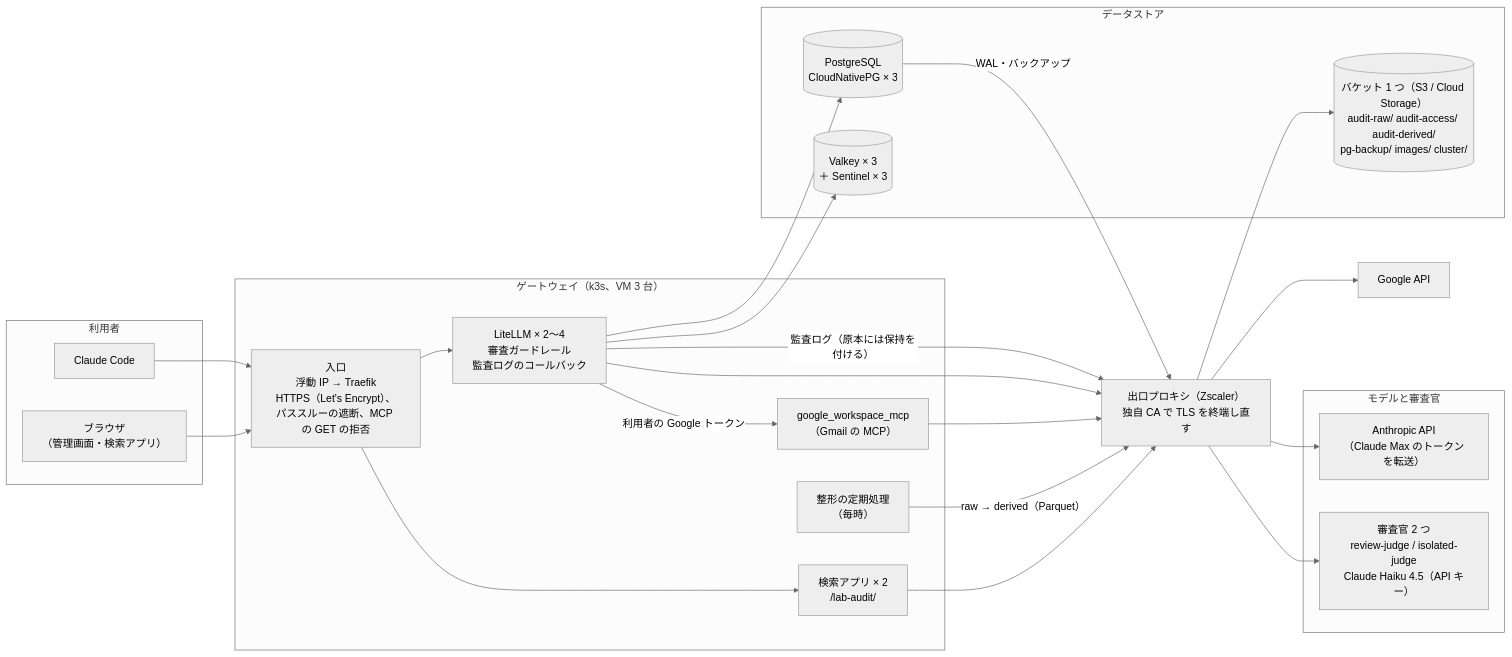
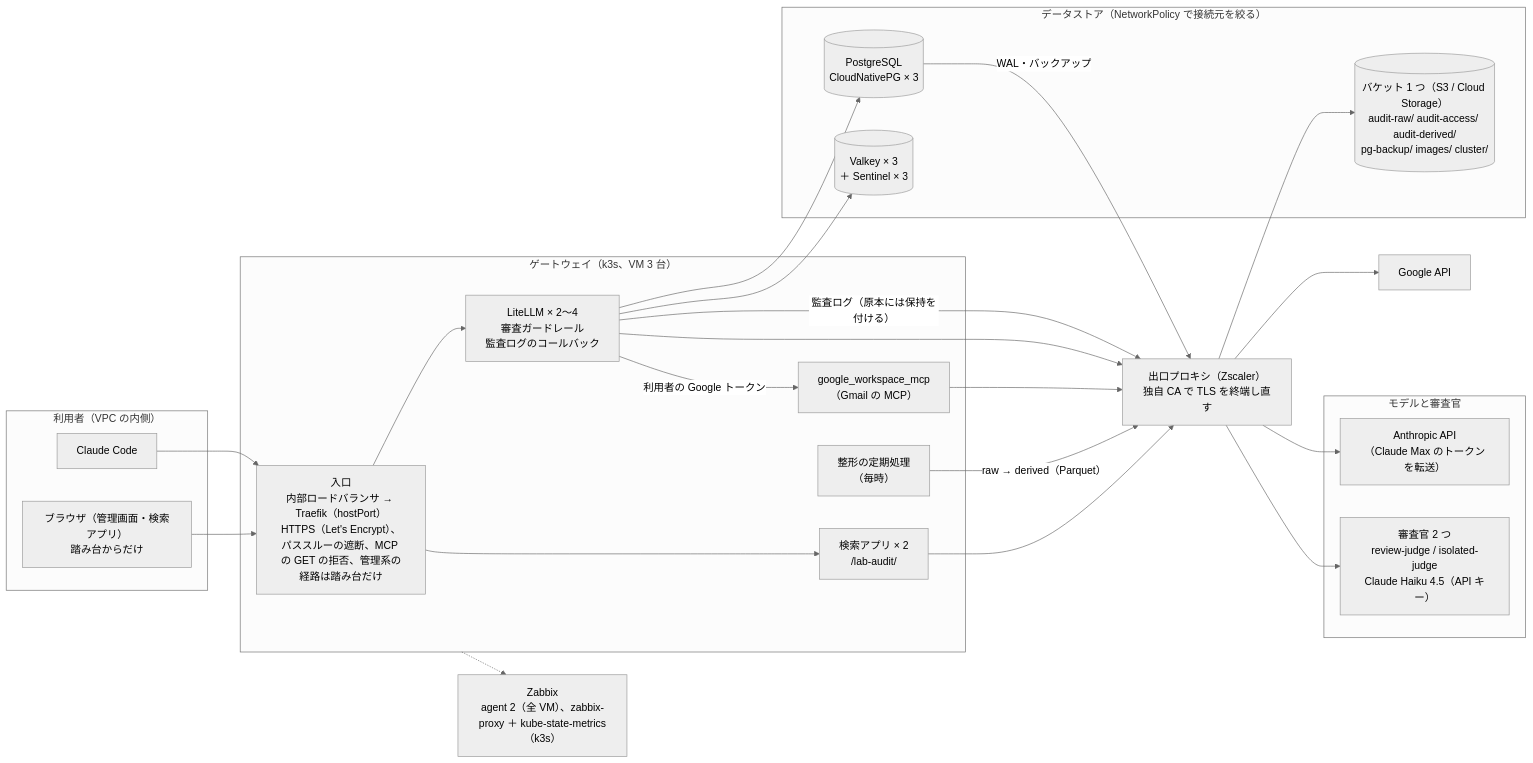
Before and after one commit to notfolder/litellm-agent-gateway-lab: the first of 4 diagrams in docs/vm_architecture.md, drawn with Mermaid (neutral theme). The commit also changed other lines of this file and 11 other files, not shown here.

````diff
--- a/docs/vm_architecture.md
+++ b/docs/vm_architecture.md
@@ -16,35 +17,37 @@
 ```mermaid
 flowchart LR
-    subgraph CLIENTS["利用者"]
+    subgraph CLIENTS["利用者（VPC の内側）"]
         CC["Claude Code"]
-        BR["ブラウザ<br/>（管理画面・検索アプリ）"]
+        BR["ブラウザ（管理画面・検索アプリ）<br/>踏み台からだけ"]
     end
     subgraph GW["ゲートウェイ（k3s、VM 3 台）"]
-        IN["入口<br/>浮動 IP → Traefik<br/>HTTPS（Let's Encrypt）、パススルーの遮断、MCP の GET の拒否"]
+        IN["入口<br/>内部ロードバランサ → Traefik（hostPort）<br/>HTTPS（Let's Encrypt）、パススルーの遮断、MCP の GET の拒否、管理系の経路は踏み台だけ"]
         LL["LiteLLM × 2〜4<br/>審査ガードレール<br/>監査ログのコールバック"]
         WS["google_workspace_mcp<br/>（Gmail の MCP）"]
         AV["検索アプリ × 2<br/>/lab-audit/"]
         CJ["整形の定期処理<br/>（毎時）"]
     end
-    subgraph DATA["データストア"]
+    subgraph DATA["データストア（NetworkPolicy で接続元を絞る）"]
         PG[("PostgreSQL<br/>CloudNativePG × 3")]
         VK[("Valkey × 3<br/>＋ Sentinel × 3")]
         S3[("バケット 1 つ（S3 / Cloud Storage）<br/>audit-raw/ audit-access/ audit-derived/<br/>pg-backup/ images/ cluster/")]
     end
     subgraph LLM["モデルと審査官"]
         MODEL["Anthropic API<br/>（Claude Max のトークンを転送）"]
         JUDGE["審査官 2 つ<br/>review-judge / isolated-judge<br/>Claude Haiku 4.5（API キー）"]
     end
     PX["出口プロキシ（Zscaler）<br/>独自 CA で TLS を終端し直す"]
+    ZBX["Zabbix<br/>agent 2（全 VM）、zabbix-proxy ＋ kube-state-metrics（k3s）"]
     CC & BR --> IN
     IN --> LL
     IN --> AV
     LL --> PG & VK
     LL -->|"監査ログ（原本には保持を付ける）"| PX
     LL --> PX
     PX --> MODEL & JUDGE & S3 & GAPI["Google API"]
     LL -->|"利用者の Google トークン"| WS --> PX
     PG -->|"WAL・バックアップ"| PX
     CJ -->|"raw → derived（Parquet）"| PX
     AV --> PX
+    GW -.-> ZBX
 ```
````
